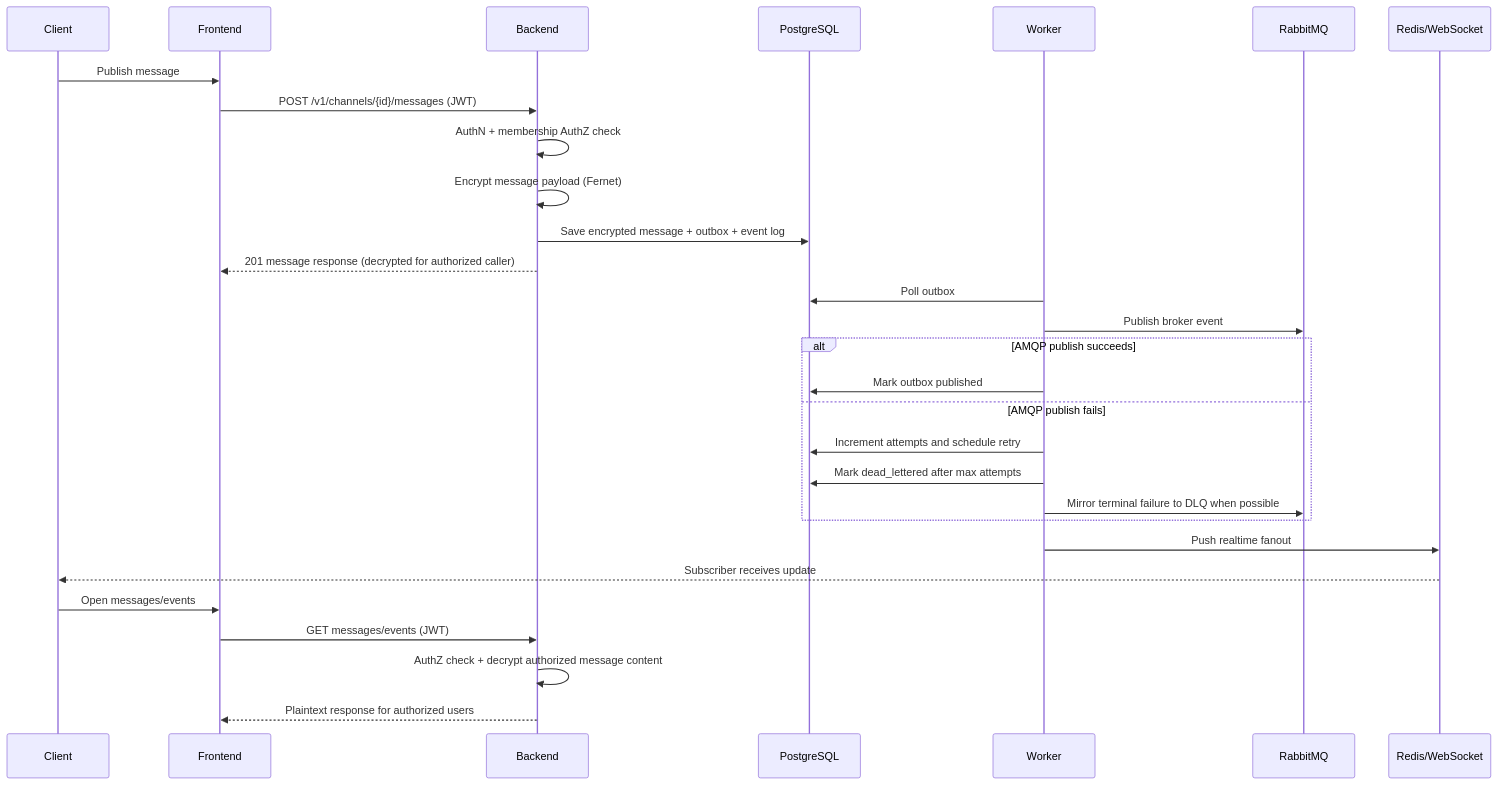
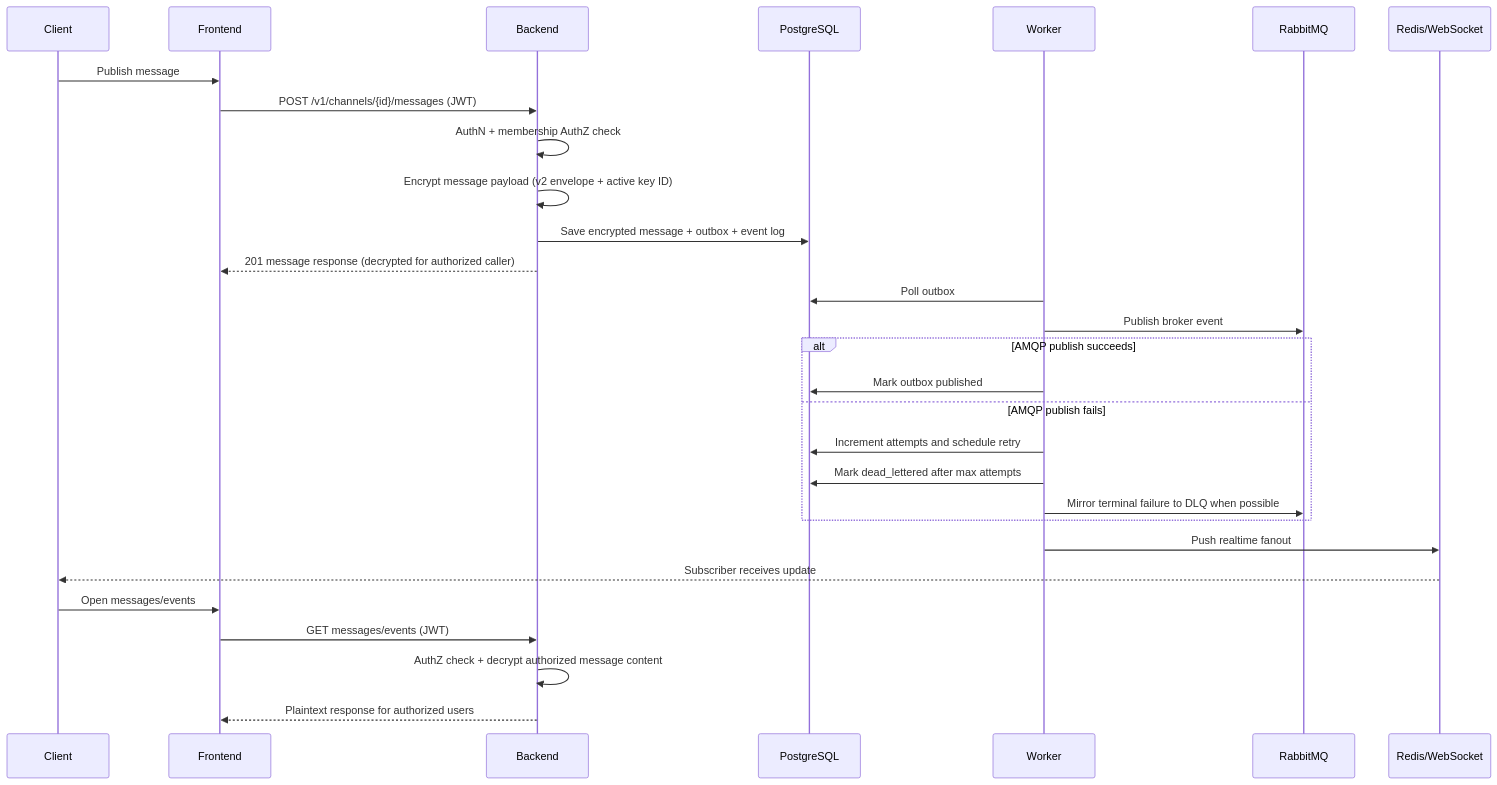
Before and after one commit to abdojat/MessagingSystem: the third of 3 diagrams in docs/ARCHITECTURE.md, drawn with Mermaid. The commit also changed other lines of this file and 28 other files, not shown here.

````diff
--- a/docs/ARCHITECTURE.md
+++ b/docs/ARCHITECTURE.md
@@ -124,34 +125,34 @@
 ```mermaid
 sequenceDiagram
   participant C as Client
   participant FE as Frontend
   participant BE as Backend
   participant PG as PostgreSQL
   participant WK as Worker
   participant MQ as RabbitMQ
   participant R as Redis/WebSocket
 
   C->>FE: Publish message
   FE->>BE: POST /v1/channels/{id}/messages (JWT)
   BE->>BE: AuthN + membership AuthZ check
-  BE->>BE: Encrypt message payload (Fernet)
+  BE->>BE: Encrypt message payload (v2 envelope + active key ID)
   BE->>PG: Save encrypted message + outbox + event log
   BE-->>FE: 201 message response (decrypted for authorized caller)
 
   WK->>PG: Poll outbox
   WK->>MQ: Publish broker event
   alt AMQP publish succeeds
     WK->>PG: Mark outbox published
   else AMQP publish fails
     WK->>PG: Increment attempts and schedule retry
     WK->>PG: Mark dead_lettered after max attempts
     WK->>MQ: Mirror terminal failure to DLQ when possible
   end
   WK->>R: Push realtime fanout
   R-->>C: Subscriber receives update
 
   C->>FE: Open messages/events
   FE->>BE: GET messages/events (JWT)
   BE->>BE: AuthZ check + decrypt authorized message content
   BE-->>FE: Plaintext response for authorized users
 ```
````
